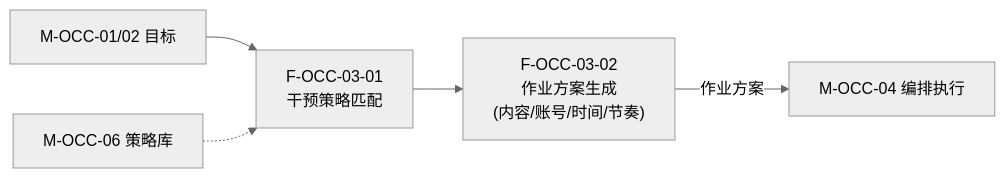
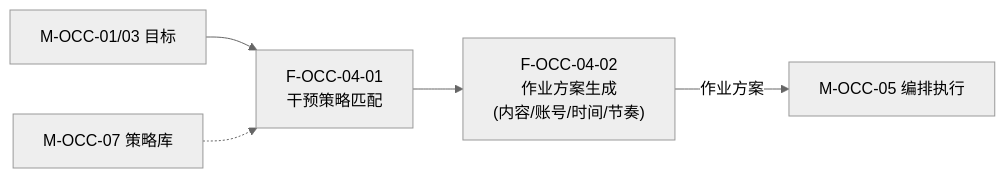
Diagram 29 of 45 in 公司项目/认知作战/文档/软件概要设计-架构图.md (Sj-g/obsidian), drawn with Mermaid (neutral theme) before and after one commit. The commit also changed other lines of this file and 4 other files, not shown here.

````diff
--- a/公司项目/认知作战/文档/软件概要设计-架构图.md
+++ b/公司项目/认知作战/文档/软件概要设计-架构图.md
@@ -708,10 +615,10 @@
 ```mermaid
 flowchart LR
-    F0301["F-OCC-03-01<br/>干预策略匹配"]
-    F0302["F-OCC-03-02<br/>作业方案生成<br/>(内容/账号/时间/节奏)"]
+    F0401["F-OCC-04-01<br/>干预策略匹配"]
+    F0402["F-OCC-04-02<br/>作业方案生成<br/>(内容/账号/时间/节奏)"]
 
-    F0301 --> F0302
-    EXT["M-OCC-01/02 目标"] --> F0301
-    EXT2["M-OCC-06 策略库"] -.-> F0301
-    F0302 -->|"作业方案"| EXT3["M-OCC-04 编排执行"]
+    F0401 --> F0402
+    EXT["M-OCC-01/03 目标"] --> F0401
+    EXT2["M-OCC-07 策略库"] -.-> F0401
+    F0402 -->|"作业方案"| EXT3["M-OCC-05 编排执行"]
 ```
````
